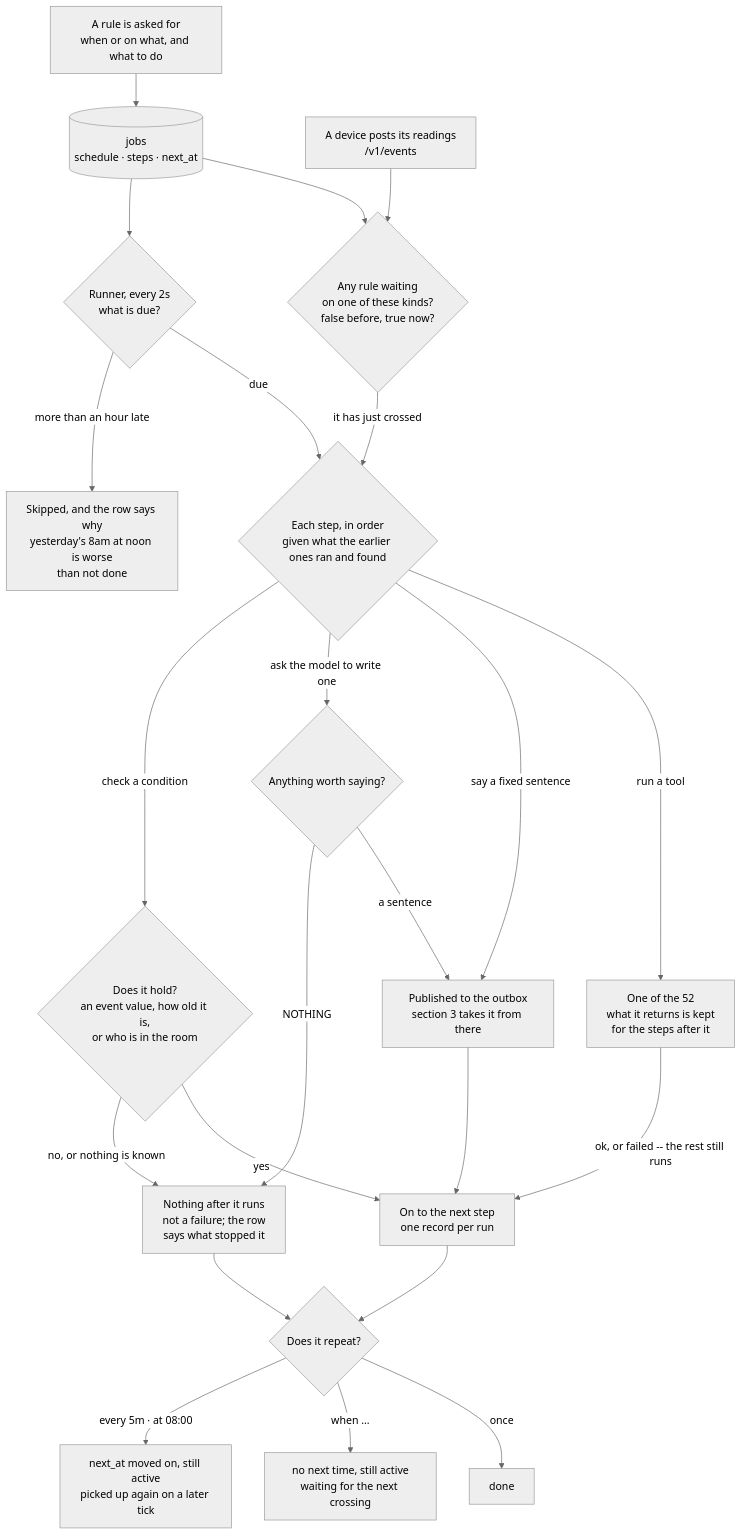
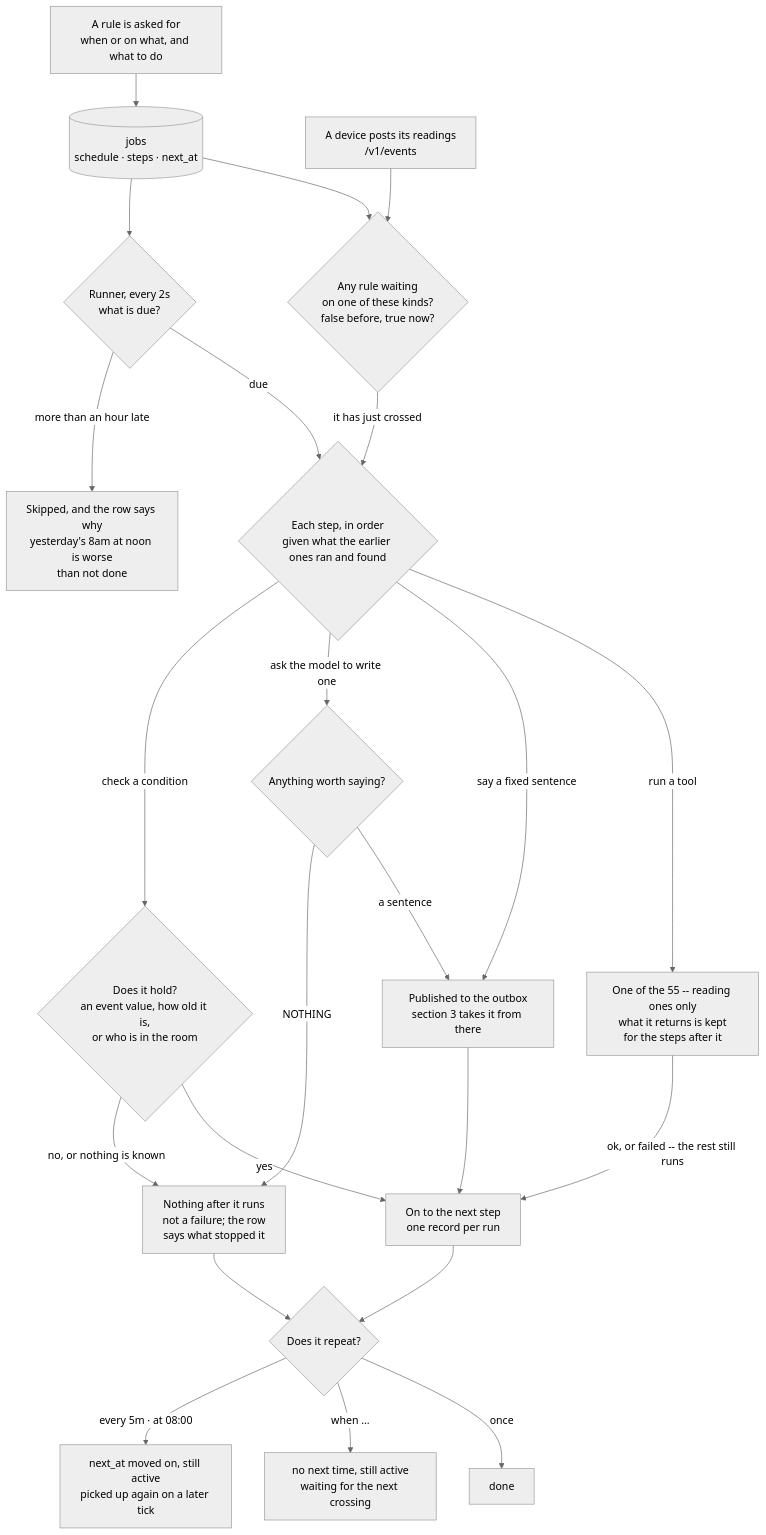
The fifth of 5 diagrams in FEATURES.md (DhanushRamesh/personal-assistant), drawn with Mermaid (neutral theme) before and after one commit. The commit also changed other lines of this file and 7 other files, not shown here.

````diff
--- a/FEATURES.md
+++ b/FEATURES.md
@@ -245,33 +246,33 @@
 ```mermaid
 flowchart TB
     ASK["A rule is asked for<br/>when or on what, and what to do"] --> ROW[("jobs<br/>schedule · steps · next_at")]
 
     ROW --> TICK{"Runner, every 2s<br/>what is due?"}
     TICK -- "more than an hour late" --> SKIP["Skipped, and the row says why<br/>yesterday's 8am at noon is worse<br/>than not done"]
     TICK -- "due" --> WHAT
 
     READ["A device posts its readings<br/>/v1/events"] --> CROSS{"Any rule waiting<br/>on one of these kinds?<br/>false before, true now?"}
     ROW --> CROSS
     CROSS -- "it has just crossed" --> WHAT
 
     WHAT{"Each step, in order<br/>given what the earlier ones ran and found"}
     WHAT -- "check a condition" --> GATE{"Does it hold?<br/>an event value, how old it is,<br/>or who is in the room"}
     WHAT -- "ask the model to write one" --> MODEL{"Anything worth saying?"}
     WHAT -- "say a fixed sentence" --> OUT["Published to the outbox<br/>section 3 takes it from there"]
-    WHAT -- "run a tool" --> TOOL["One of the 52<br/>what it returns is kept<br/>for the steps after it"]
+    WHAT -- "run a tool" --> TOOL["One of the 55 -- reading ones only<br/>what it returns is kept<br/>for the steps after it"]
 
     GATE -- "no, or nothing is known" --> STOP["Nothing after it runs<br/>not a failure; the row<br/>says what stopped it"]
     MODEL -- "NOTHING" --> STOP
     MODEL -- "a sentence" --> OUT
     GATE -- "yes" --> ON
     OUT --> ON
     TOOL -- "ok, or failed -- the rest still runs" --> ON
 
     ON["On to the next step<br/>one record per run"] --> END
     STOP --> END
 
     END{"Does it repeat?"}
     END -- "every 5m · at 08:00" --> AGAIN["next_at moved on, still active<br/>picked up again on a later tick"]
     END -- "when ..." --> WAITS["no next time, still active<br/>waiting for the next crossing"]
     END -- "once" --> DONE["done"]
 ```
````
